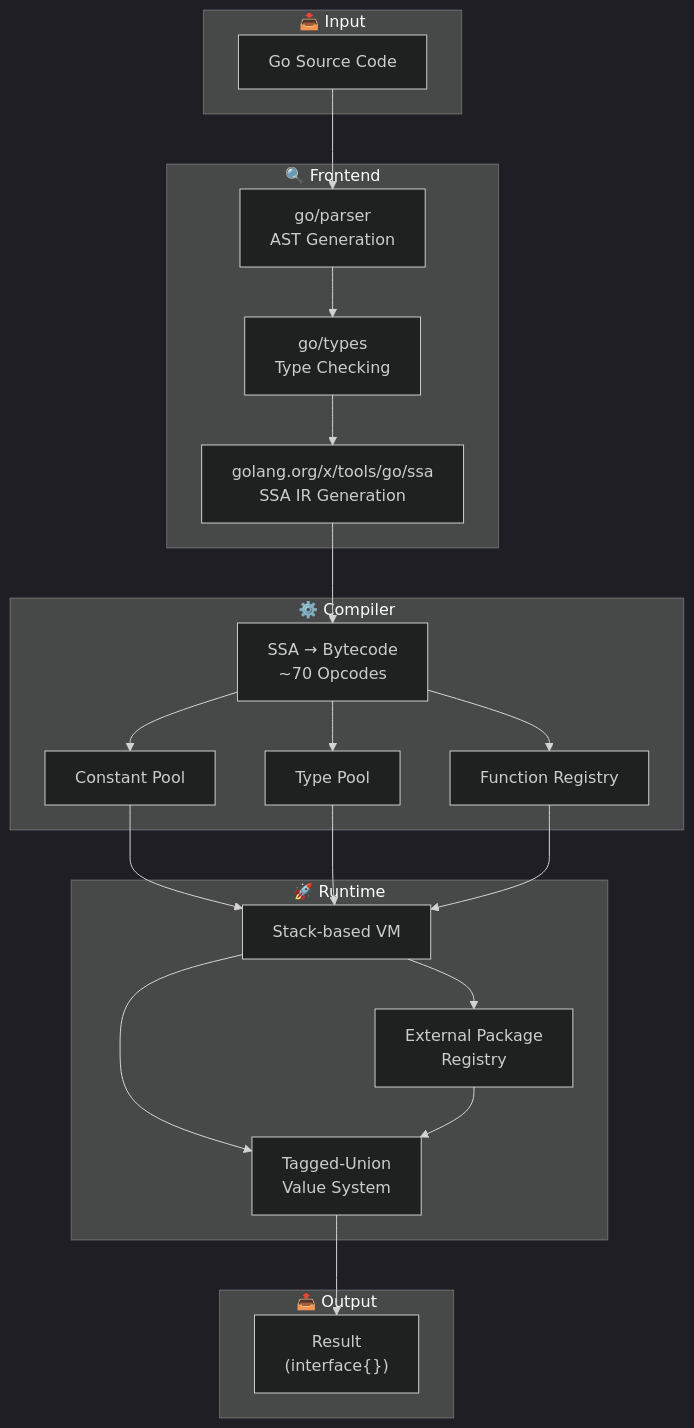
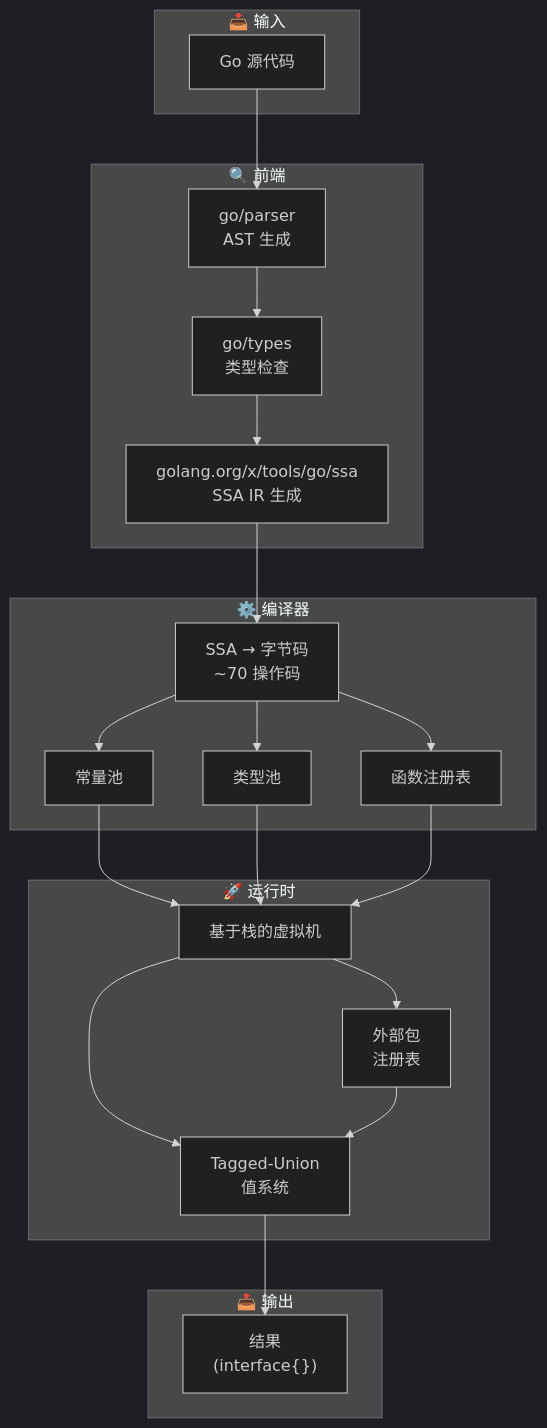
Before and after one commit to t04dJ14n9/gig: the first of 7 diagrams in README.md, drawn with Mermaid (dark theme). The commit also changed other lines of this file and 130 other files, not shown here.

````diff
--- a/README.md
+++ b/README.md
@@ -326,44 +326,44 @@
 ```mermaid
 flowchart TB
-    subgraph Input["📥 Input"]
-        SRC["Go Source Code"]
+    subgraph Input["📥 输入"]
+        SRC["Go 源代码"]
     end
     
-    subgraph Frontend["🔍 Frontend"]
-        PARSER["go/parser<br/>AST Generation"]
-        TYPECHECK["go/types<br/>Type Checking"]
-        SSA["golang.org/x/tools/go/ssa<br/>SSA IR Generation"]
+    subgraph Frontend["🔍 前端"]
+        PARSER["go/parser<br/>AST 生成"]
+        TYPECHECK["go/types<br/>类型检查"]
+        SSA["golang.org/x/tools/go/ssa<br/>SSA IR 生成"]
     end
     
-    subgraph Compiler["⚙️ Compiler"]
-        COMP["SSA → Bytecode<br/>~70 Opcodes"]
-        CONST["Constant Pool"]
-        TYPES["Type Pool"]
-        FUNCS["Function Registry"]
+    subgraph Compiler["⚙️ 编译器"]
+        COMP["SSA → 字节码<br/>~70 操作码"]
+        CONST["常量池"]
+        TYPES["类型池"]
+        FUNCS["函数注册表"]
     end
     
-    subgraph Runtime["🚀 Runtime"]
-        VM["Stack-based VM"]
-        VALUE["Tagged-Union<br/>Value System"]
-        EXT["External Package<br/>Registry"]
+    subgraph Runtime["🚀 运行时"]
+        VM["基于栈的虚拟机"]
+        VALUE["Tagged-Union<br/>值系统"]
+        EXT["外部包<br/>注册表"]
     end
     
-    subgraph Output["📤 Output"]
-        RESULT["Result<br/>(interface{})"]
+    subgraph Output["📤 输出"]
+        RESULT["结果<br/>(interface{})"]
     end
     
     SRC --> PARSER
     PARSER --> TYPECHECK
     TYPECHECK --> SSA
     SSA --> COMP
     COMP --> CONST
     COMP --> TYPES
     COMP --> FUNCS
     CONST --> VM
     TYPES --> VM
     FUNCS --> VM
     VM --> VALUE
     VM --> EXT
     EXT --> VALUE
     VALUE --> RESULT
 ```
````
